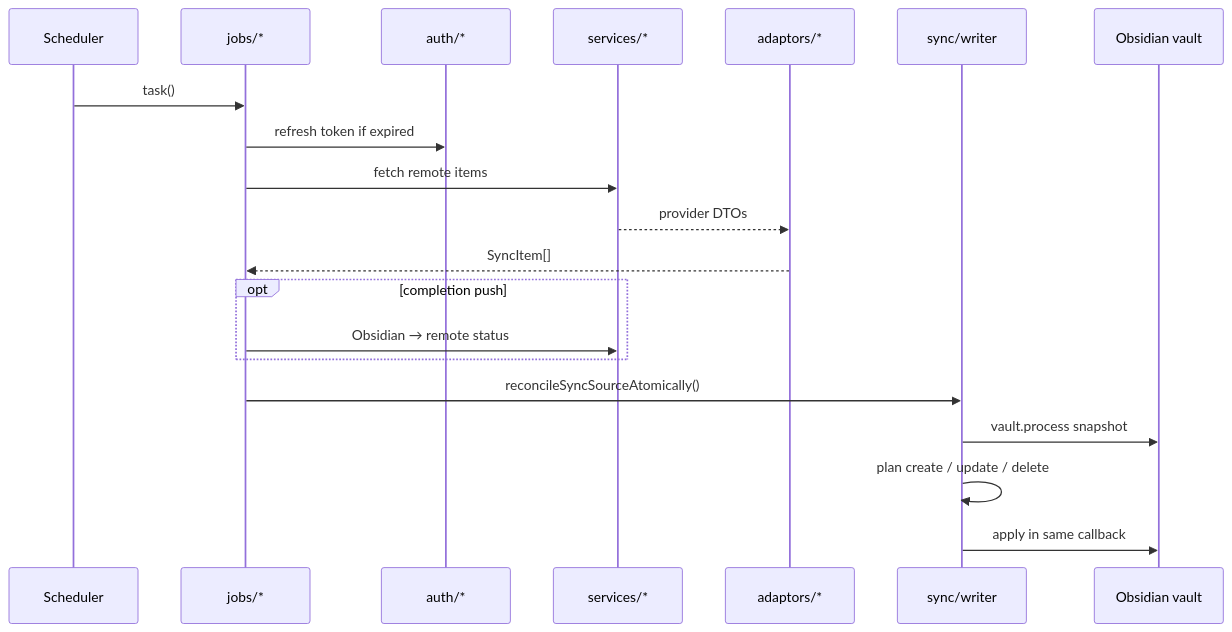
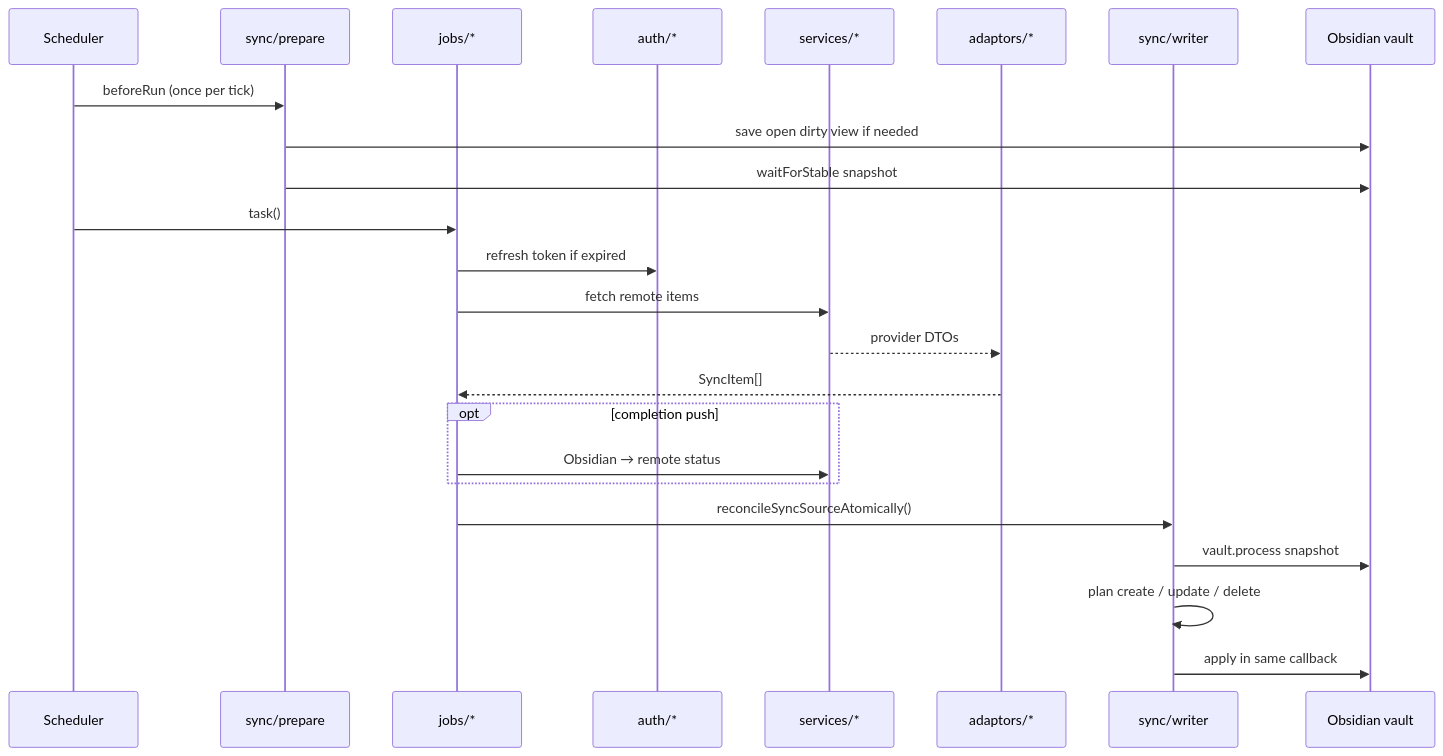
Before and after one commit to desimpson/syncer: the third of 3 diagrams in docs/kb/architecture.md, drawn with Mermaid. The commit also changed other lines of this file and 14 other files, not shown here.

First line of the commit message:
Prepare sync document once per tick before jobs (#124)

````diff
--- a/docs/kb/architecture.md
+++ b/docs/kb/architecture.md
@@ -68,23 +74,27 @@
 ```mermaid
 sequenceDiagram
   participant Scheduler
+  participant Prepare as sync/prepare
   participant Job as jobs/*
   participant Auth as auth/*
   participant Service as services/*
   participant Adaptor as adaptors/*
   participant Writer as sync/writer
   participant Vault as Obsidian vault
 
+  Scheduler->>Prepare: beforeRun (once per tick)
+  Prepare->>Vault: save open dirty view if needed
+  Prepare->>Vault: waitForStable snapshot
   Scheduler->>Job: task()
   Job->>Auth: refresh token if expired
   Job->>Service: fetch remote items
   Service-->>Adaptor: provider DTOs
   Adaptor-->>Job: SyncItem[]
   opt completion push
     Job->>Service: Obsidian → remote status
   end
   Job->>Writer: reconcileSyncSourceAtomically()
   Writer->>Vault: vault.process snapshot
   Writer->>Writer: plan create / update / delete
   Writer->>Vault: apply in same callback
 ```
````
